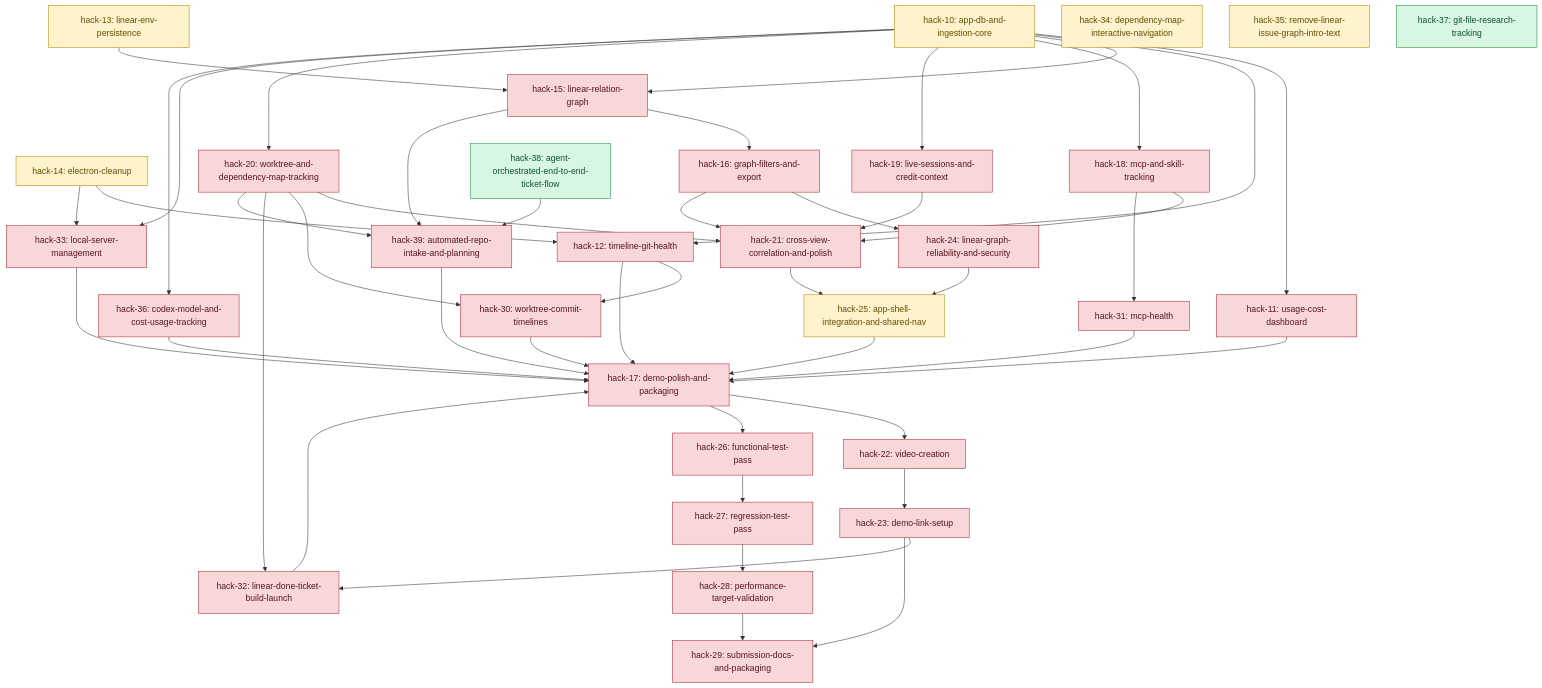
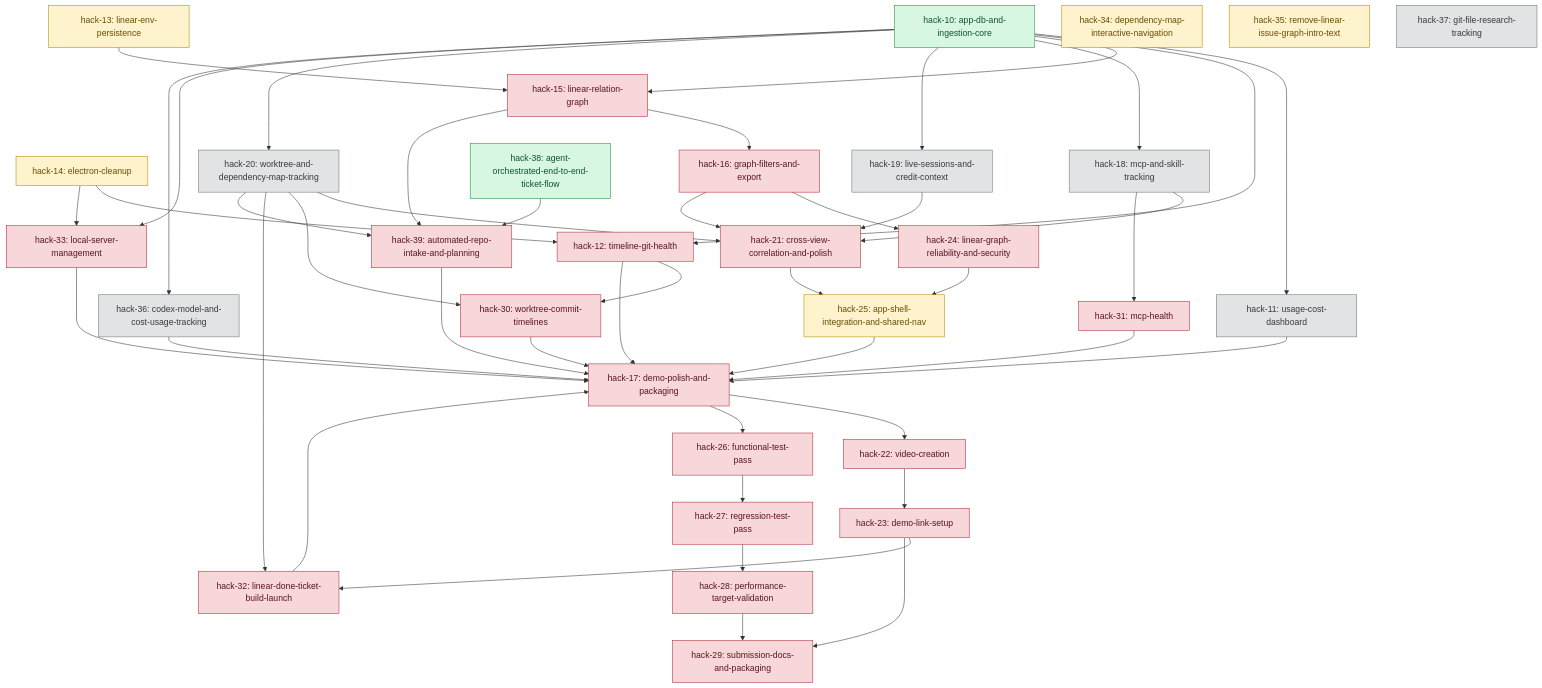
Before and after one commit to jaimindp/codex_monitor: the diagram in DEPENDENCY_MAP.md, drawn with Mermaid. The commit also changed 9 other files, not shown here.

```diff
--- a/DEPENDENCY_MAP.md
+++ b/DEPENDENCY_MAP.md
@@ -100,15 +100,14 @@
   H15 --> H39
   H39 --> H17
 
-  class H10 inprog;
   class H13 inprog;
   class H14 inprog;
   class H34 inprog;
   class H25 inprog;
   class H35 inprog;
-  class H38 done;
-  class H37 done;
-  class H11,H12,H15,H16,H17,H18,H19,H20,H21,H22,H23,H24,H26,H27,H28,H29,H30,H31,H32,H33,H36,H39 blocked;
+  class H10,H38 done;
+  class H11,H18,H19,H20,H36,H37 todo;
+  class H12,H15,H16,H17,H21,H22,H23,H24,H26,H27,H28,H29,H30,H31,H32,H33,H39 blocked;
 
   classDef todo fill:#e2e3e5,stroke:#6c757d,color:#343a40;
   classDef inprog fill:#fff3cd,stroke:#b58900,color:#664d03;
```
